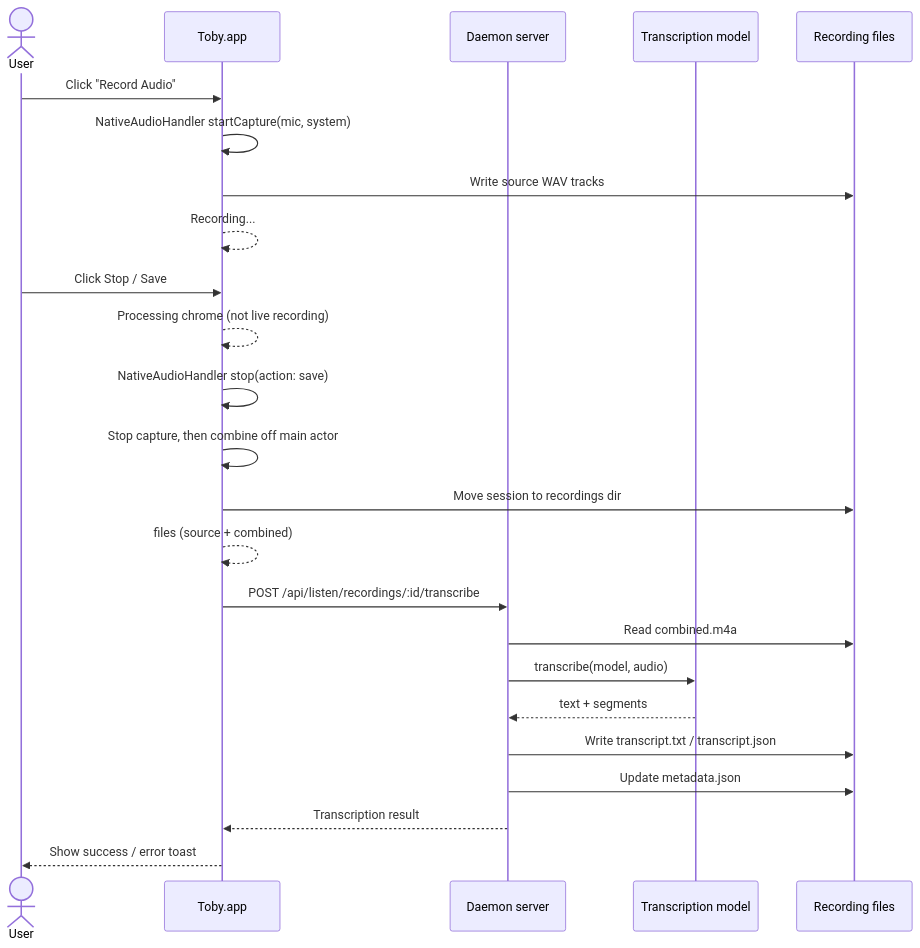
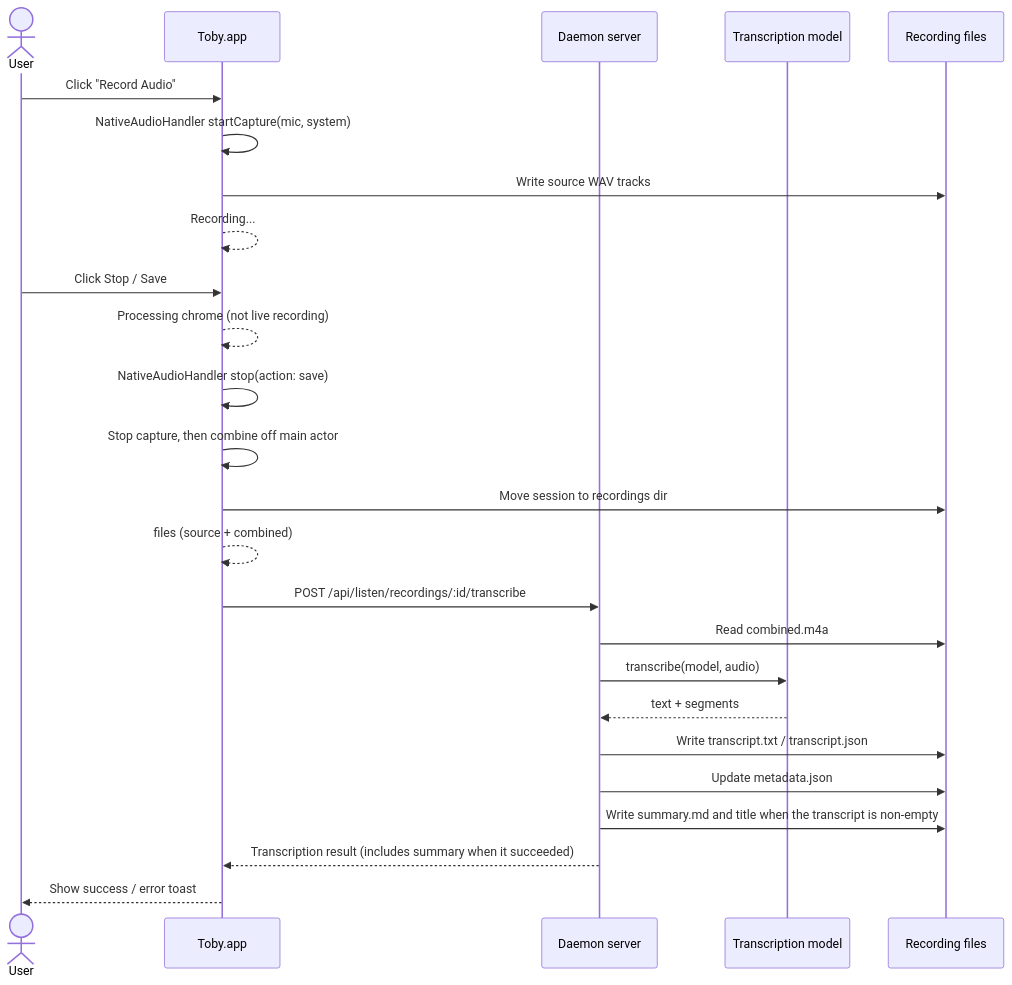
One commit to kshehadeh/toby changed the diagram in docs/listen.md. Above: the diagram before and after it, drawn with Mermaid. The commit also changed other lines of this file and 10 other files, not shown here.

First line of the commit message:
fix(listen): auto-summarize after the app's stop transcription (#89)

````diff
--- a/docs/listen.md
+++ b/docs/listen.md
@@ -150,29 +162,30 @@
 ```mermaid
 sequenceDiagram
     actor User
     participant App as Toby.app
     participant Daemon as Daemon server
     participant Model as Transcription model
     participant Files as Recording files
 
     User->>App: Click "Record Audio"
     App->>App: NativeAudioHandler startCapture(mic, system)
     App->>Files: Write source WAV tracks
     App-->>App: Recording...
 
     User->>App: Click Stop / Save
     App-->>App: Processing chrome (not live recording)
     App->>App: NativeAudioHandler stop(action: save)
     App->>App: Stop capture, then combine off main actor
     App->>Files: Move session to recordings dir
     App-->>App: files (source + combined)
 
     App->>Daemon: POST /api/listen/recordings/:id/transcribe
     Daemon->>Files: Read combined.m4a
     Daemon->>Model: transcribe(model, audio)
     Model-->>Daemon: text + segments
     Daemon->>Files: Write transcript.txt / transcript.json
     Daemon->>Files: Update metadata.json
-    Daemon-->>App: Transcription result
+    Daemon->>Files: Write summary.md and title when the transcript is non-empty
+    Daemon-->>App: Transcription result (includes summary when it succeeded)
     App-->>User: Show success / error toast
 ```
````
